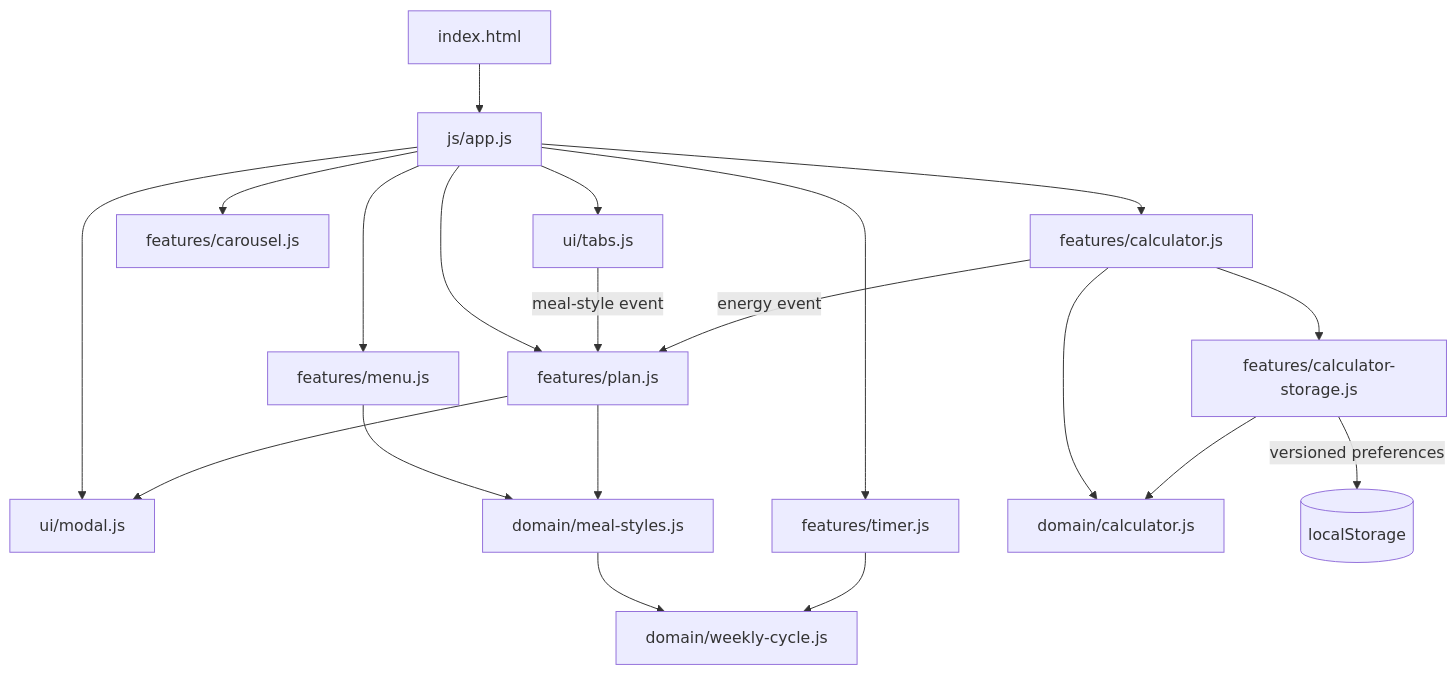
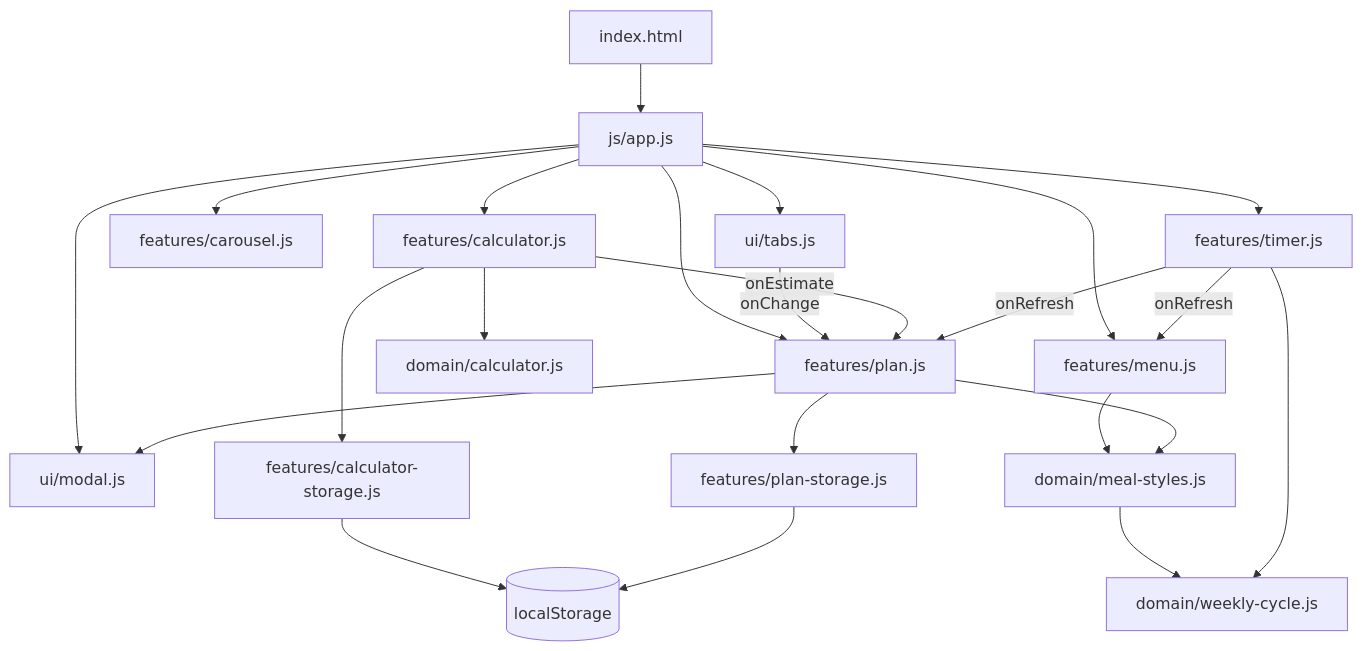
One commit to MykolaDotsenko/Healthy-Lifestyle-Website-Vanilla-JS changed the diagram in ARCHITECTURE.md. Above: the diagram before and after it, drawn with Mermaid. The commit also changed other lines of this file and 34 other files, not shown here.

````diff
--- a/ARCHITECTURE.md
+++ b/ARCHITECTURE.md
@@ -14,26 +15,30 @@
 ```mermaid
 flowchart TD
     HTML[index.html] --> APP[js/app.js]
 
     APP --> TABS[ui/tabs.js]
     APP --> MODAL[ui/modal.js]
     APP --> MENU[features/menu.js]
     APP --> PLAN[features/plan.js]
     APP --> CAROUSEL[features/carousel.js]
     APP --> TIMER[features/timer.js]
     APP --> CALC[features/calculator.js]
 
-    TABS -->|meal-style event| PLAN
-    CALC -->|energy event| PLAN
+    TABS -->|onChange| PLAN
+    CALC -->|onEstimate| PLAN
+    TIMER -->|onRefresh| MENU
+    TIMER -->|onRefresh| PLAN
     PLAN --> MODAL
 
     MENU --> STYLES[domain/meal-styles.js]
     PLAN --> STYLES
     STYLES --> WEEKLY[domain/weekly-cycle.js]
     TIMER --> WEEKLY
 
     CALC --> CALCDOMAIN[domain/calculator.js]
-    CALC --> STORAGE[features/calculator-storage.js]
-    STORAGE --> CALCDOMAIN
-    STORAGE -->|versioned preferences| LS[(localStorage)]
+    CALC --> CALCSTORE[features/calculator-storage.js]
+    PLAN --> PLANSTORE[features/plan-storage.js]
+
+    CALCSTORE --> LS[(localStorage)]
+    PLANSTORE --> LS
 ```
````
